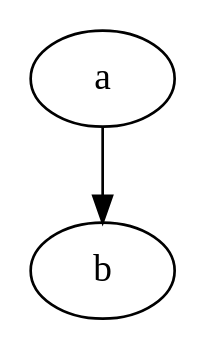
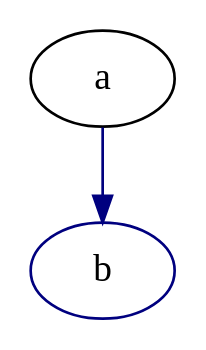
One commit to plantain-00/package-dependency-graph changed the diagram in spec/result.dot. Above: the diagram before and after it, drawn with Graphviz. The commit also changed 2 other files, not shown here.

```diff
--- a/spec/result.dot
+++ b/spec/result.dot
@@ -1,7 +1,7 @@
 // generated by package-dependency-graph
 digraph {
-  a -> b
+  a -> b[color = "#00007f"]
 
-  a[label = "a"]
-  b[label = "b"]
+  a[label = "a", color = "#000000"]
+  b[label = "b", color = "#00007f"]
 }
```
